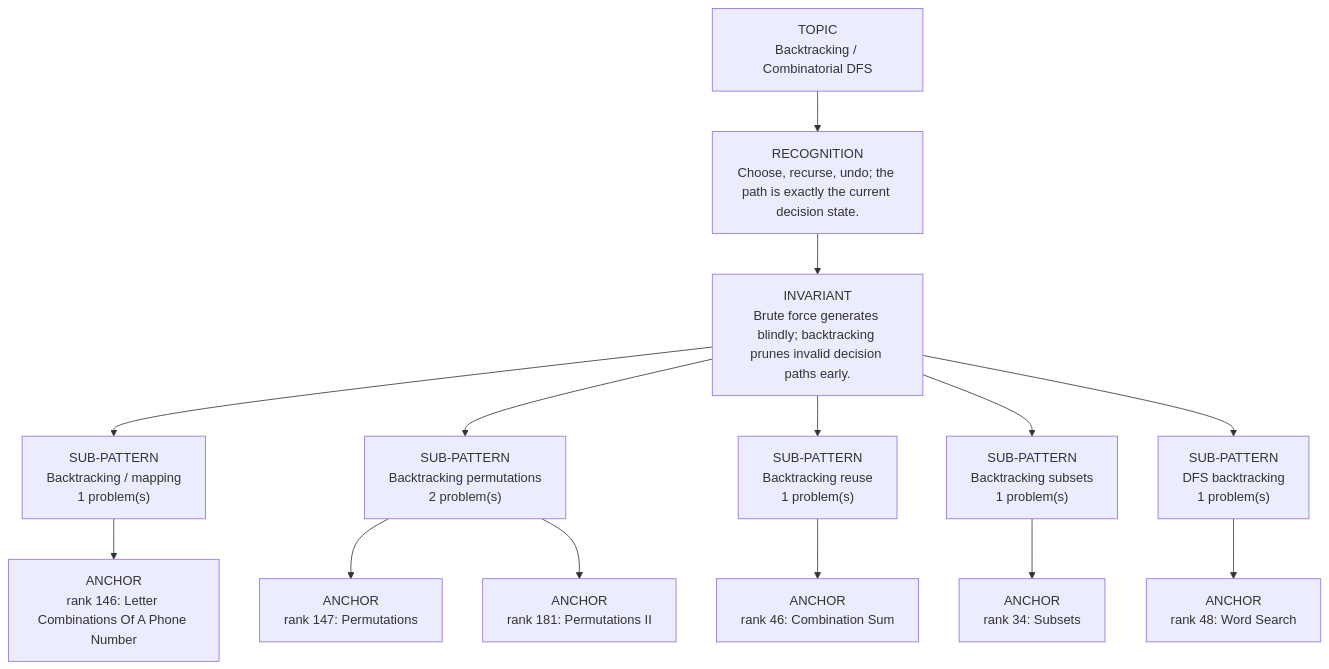
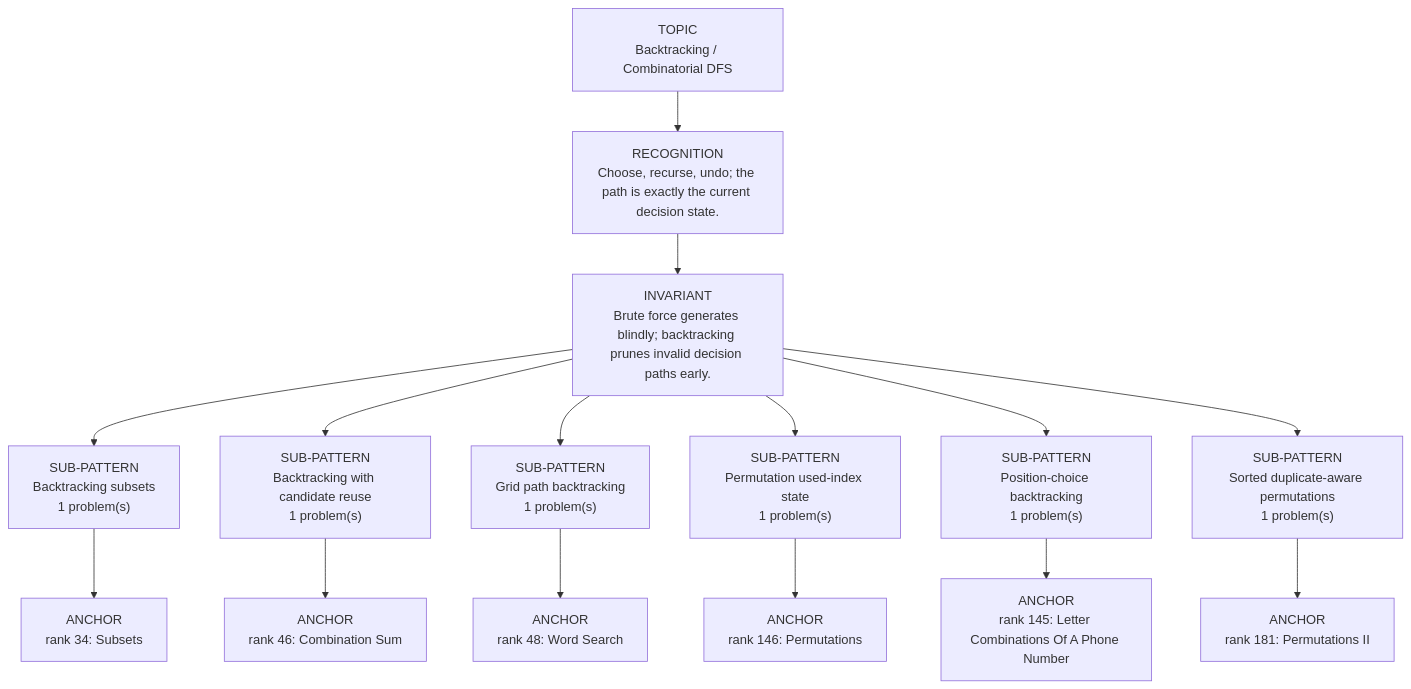
Before and after one commit to thechiranjeevjain/DSA10days: the diagram in dsa-review/interview/patterns/14_backtracking.md, drawn with Mermaid. The commit also changed other lines of this file and 37 other files, not shown here.

````diff
--- a/dsa-review/interview/patterns/14_backtracking.md
+++ b/dsa-review/interview/patterns/14_backtracking.md
@@ -15,18 +15,19 @@
 ```mermaid
 flowchart TD
   Topic["TOPIC<br/>Backtracking / Combinatorial DFS"]
   Recognition["RECOGNITION<br/>Choose, recurse, undo; the path is exactly the current decision state."]
   Invariant["INVARIANT<br/>Brute force generates blindly; backtracking prunes invalid decision paths early."]
   Topic --> Recognition --> Invariant
-  Invariant --> Sub01["SUB-PATTERN<br/>Backtracking / mapping<br/>1 problem(s)"]
-  Sub01 --> Sub01A01["ANCHOR<br/>rank 146: Letter Combinations Of A Phone Number"]
-  Invariant --> Sub02["SUB-PATTERN<br/>Backtracking permutations<br/>2 problem(s)"]
-  Sub02 --> Sub02A01["ANCHOR<br/>rank 147: Permutations"]
-  Sub02 --> Sub02A02["ANCHOR<br/>rank 181: Permutations II"]
-  Invariant --> Sub03["SUB-PATTERN<br/>Backtracking reuse<br/>1 problem(s)"]
-  Sub03 --> Sub03A01["ANCHOR<br/>rank 46: Combination Sum"]
-  Invariant --> Sub04["SUB-PATTERN<br/>Backtracking subsets<br/>1 problem(s)"]
-  Sub04 --> Sub04A01["ANCHOR<br/>rank 34: Subsets"]
-  Invariant --> Sub05["SUB-PATTERN<br/>DFS backtracking<br/>1 problem(s)"]
-  Sub05 --> Sub05A01["ANCHOR<br/>rank 48: Word Search"]
+  Invariant --> Sub01["SUB-PATTERN<br/>Backtracking subsets<br/>1 problem(s)"]
+  Sub01 --> Sub01A01["ANCHOR<br/>rank 34: Subsets"]
+  Invariant --> Sub02["SUB-PATTERN<br/>Backtracking with candidate reuse<br/>1 problem(s)"]
+  Sub02 --> Sub02A01["ANCHOR<br/>rank 46: Combination Sum"]
+  Invariant --> Sub03["SUB-PATTERN<br/>Grid path backtracking<br/>1 problem(s)"]
+  Sub03 --> Sub03A01["ANCHOR<br/>rank 48: Word Search"]
+  Invariant --> Sub04["SUB-PATTERN<br/>Permutation used-index state<br/>1 problem(s)"]
+  Sub04 --> Sub04A01["ANCHOR<br/>rank 146: Permutations"]
+  Invariant --> Sub05["SUB-PATTERN<br/>Position-choice backtracking<br/>1 problem(s)"]
+  Sub05 --> Sub05A01["ANCHOR<br/>rank 145: Letter Combinations Of A Phone Number"]
+  Invariant --> Sub06["SUB-PATTERN<br/>Sorted duplicate-aware permutations<br/>1 problem(s)"]
+  Sub06 --> Sub06A01["ANCHOR<br/>rank 181: Permutations II"]
 ```
````
